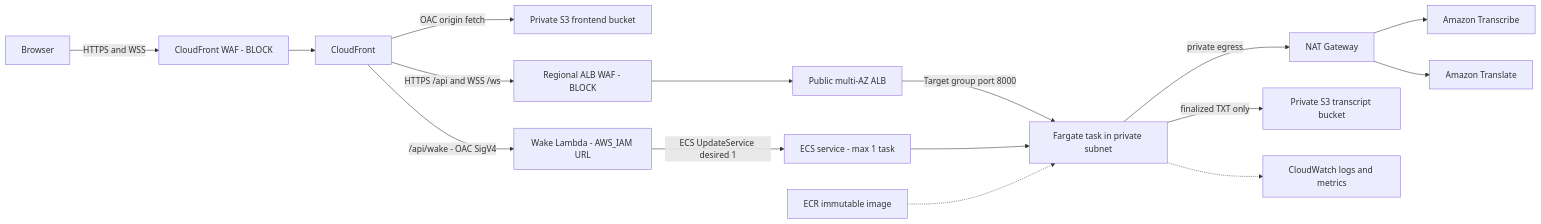
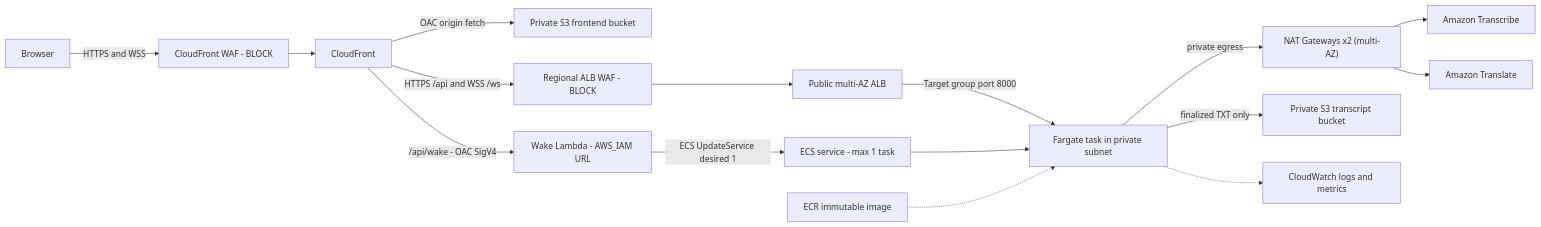
Before and after one commit to 9ducanh9/livecap: the diagram in README.md, drawn with Mermaid. The commit also changed other lines of this file and 7 other files, not shown here.

````diff
--- a/README.md
+++ b/README.md
@@ -96,18 +107,18 @@
 ```mermaid
 flowchart LR
     User["Browser"] -->|HTTPS and WSS| CFWAF["CloudFront WAF - BLOCK"]
     CFWAF --> CF["CloudFront"]
     CF -->|OAC origin fetch| Frontend["Private S3 frontend bucket"]
     CF -->|/api/wake - OAC SigV4| Wake["Wake Lambda - AWS_IAM URL"]
     Wake -->|ECS UpdateService desired 1| ECS["ECS service - max 1 task"]
     CF -->|HTTPS /api and WSS /ws| ALBWAF["Regional ALB WAF - BLOCK"]
     ALBWAF --> ALB["Public multi-AZ ALB"]
     ALB -->|Target group port 8000| Task["Fargate task in private subnet"]
     ECS --> Task
     ECR["ECR immutable image"] -.-> Task
-    Task -->|private egress| NAT["NAT Gateway"]
+    Task -->|private egress| NAT["NAT Gateways x2 (multi-AZ)"]
     NAT --> Transcribe["Amazon Transcribe"]
     NAT --> Translate["Amazon Translate"]
     Task -->|finalized TXT only| Transcript["Private S3 transcript bucket"]
     Task -.-> CloudWatch["CloudWatch logs and metrics"]
 ```
````
